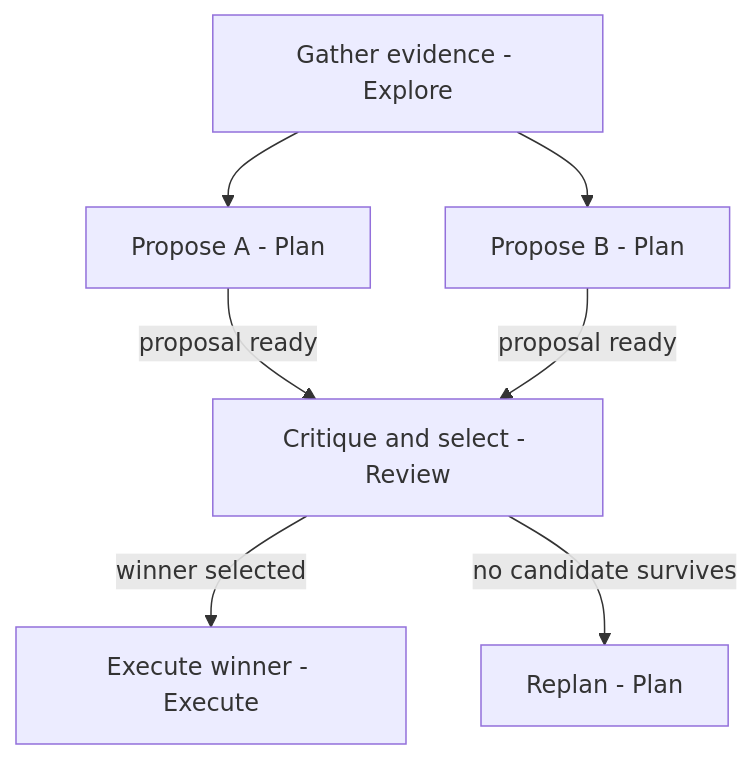
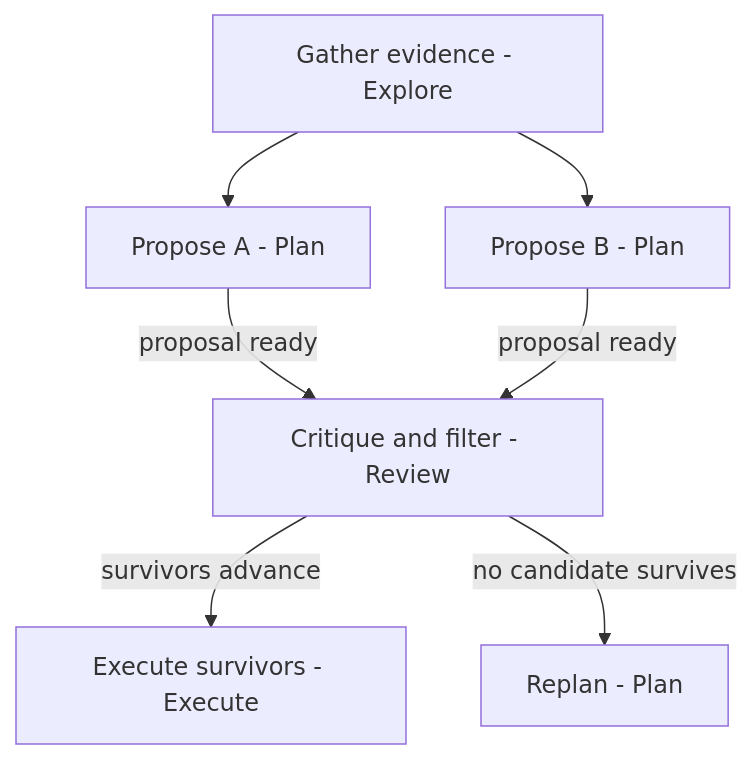
The first of 3 diagrams in skills/pave-init/references/technique-selection.md (jinhuang12/pave), drawn with Mermaid before and after one commit. The commit also changed other lines of this file and 4 other files, not shown here.

````diff
--- a/skills/pave-init/references/technique-selection.md
+++ b/skills/pave-init/references/technique-selection.md
@@ -44,9 +54,9 @@
 ```mermaid
 flowchart TD
     E["Gather evidence - Explore"] --> P1["Propose A - Plan"]
     E --> P2["Propose B - Plan"]
-    P1 -->|"proposal ready"| C["Critique and select - Review"]
+    P1 -->|"proposal ready"| C["Critique and filter - Review"]
     P2 -->|"proposal ready"| C
-    C -->|"winner selected"| X["Execute winner - Execute"]
+    C -->|"survivors advance"| X["Execute survivors - Execute"]
     C -->|"no candidate survives"| R["Replan - Plan"]
 ```
````
